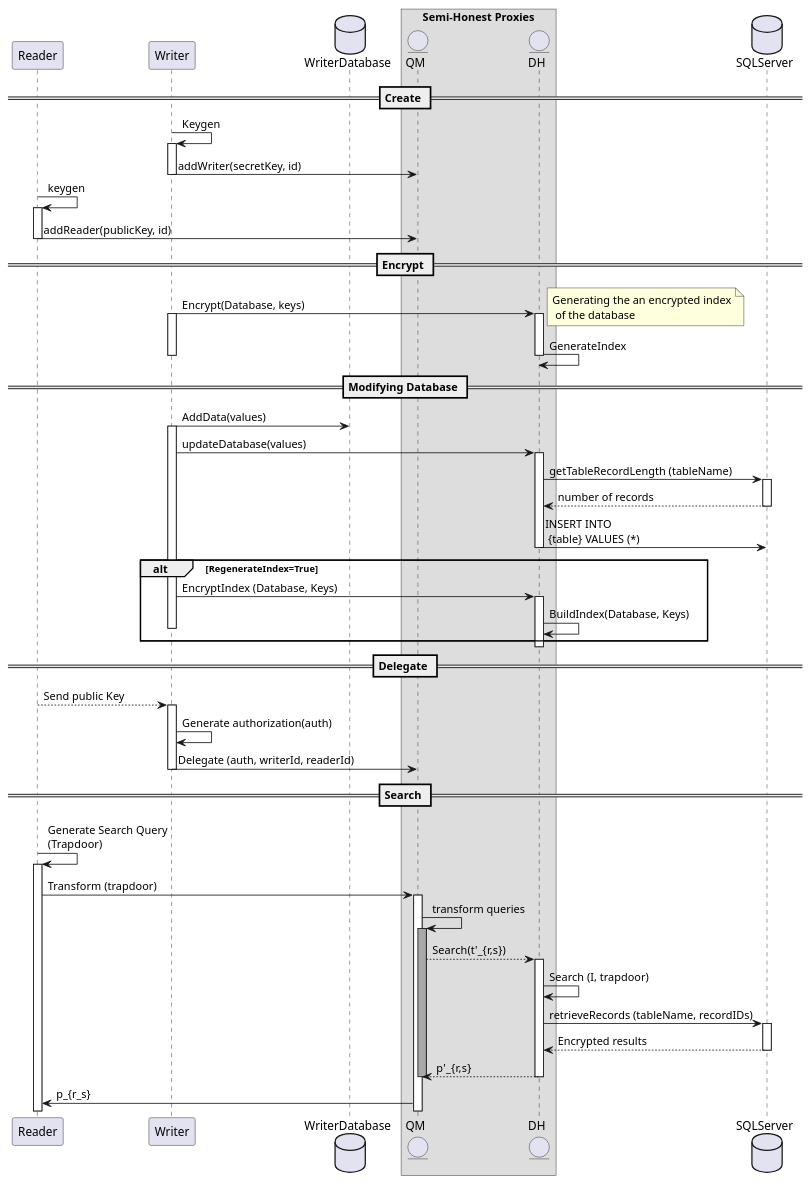
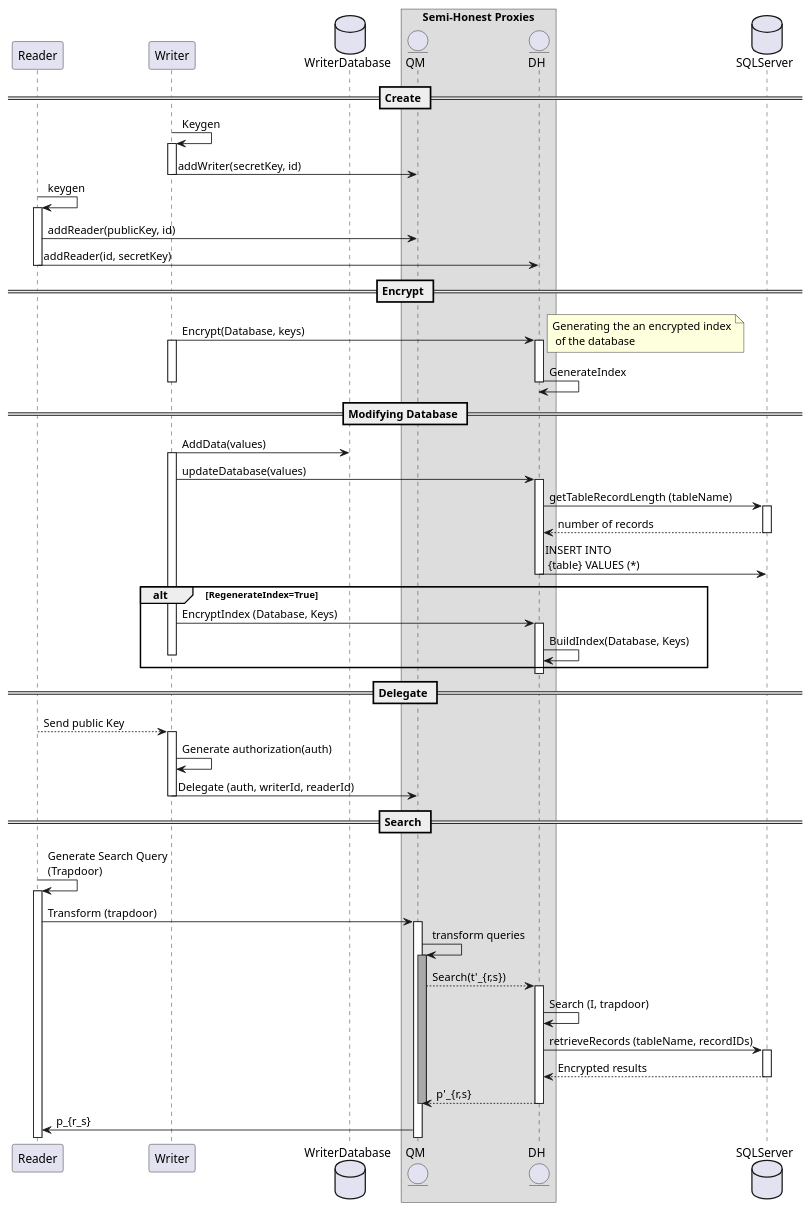
One commit to Cis-4520-Gaviel/Molecule-Viewer-Dataviewer changed the diagram in scheme/diagrams/sequence.puml. Above: the diagram before and after it, drawn with PlantUML. The commit also changed 1 other file, not shown here.

Commit message:
finish diagrams

```diff
--- a/scheme/diagrams/sequence.puml
+++ b/scheme/diagrams/sequence.puml
@@ -1,87 +1,88 @@
 @startuml Gaviel Scheme
 
 participant Reader
 participant Writer
 database WriterDatabase
 box "Semi-Honest Proxies"
 entity QM
 entity DH
 end box
 database SQLServer
 == Create ==
 
 Writer -> Writer : Keygen
 activate Writer
 Writer->QM: addWriter(secretKey, id)
 deactivate Writer
 
 Reader->Reader: keygen
 activate Reader
 Reader->QM: addReader(publicKey, id)
+Reader->DH: addReader(id, secretKey)
 deactivate Reader
 == Encrypt ==
 Writer->DH: Encrypt(Database, keys)
 activate Writer
 activate DH
 note right: Generating the an encrypted index\n of the database
 DH->DH: GenerateIndex
 deactivate Writer
 deactivate DH
 
 == Modifying Database ==
 Writer -> WriterDatabase : AddData(values)
 activate Writer
 Writer -> DH: updateDatabase(values)
 activate DH
 
 DH->SQLServer: getTableRecordLength (tableName)
 activate SQLServer
 SQLServer-->DH: number of records
 deactivate SQLServer
 
 DH->SQLServer: INSERT INTO\n {table} VALUES (*)
 deactivate DH
 
 
 alt RegenerateIndex=True
 Writer->DH: EncryptIndex (Database, Keys)
 activate DH
 DH->DH: BuildIndex(Database, Keys)
 deactivate Writer
 end
 deactivate DH
 
 
 == Delegate ==
 Reader-->Writer: Send public Key
 activate Writer
 Writer->Writer: Generate authorization(auth)
 Writer->QM: Delegate (auth, writerId, readerId)
 deactivate Writer
 
 == Search ==
 ||10||
 
 Reader -> Reader: Generate Search Query \n(Trapdoor)
 activate Reader
 Reader->QM:Transform (trapdoor)
 
 activate QM
 QM->QM: transform queries
 activate QM #DarkGrey
 QM-->DH: Search(t'_{r,s})
 activate DH
 DH -> DH : Search (I, trapdoor)
 
 
 
 DH->SQLServer : retrieveRecords (tableName, recordIDs)
 activate SQLServer
 SQLServer-->DH:Encrypted results
 deactivate SQLServer
 DH-->QM:p'_{r,s}
 deactivate DH
 deactivate QM
 
 QM->Reader:p_{r_s}
 @enduml
```
